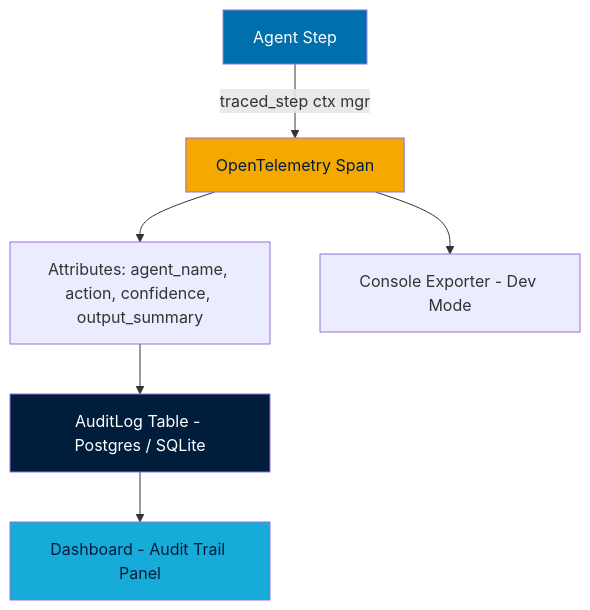
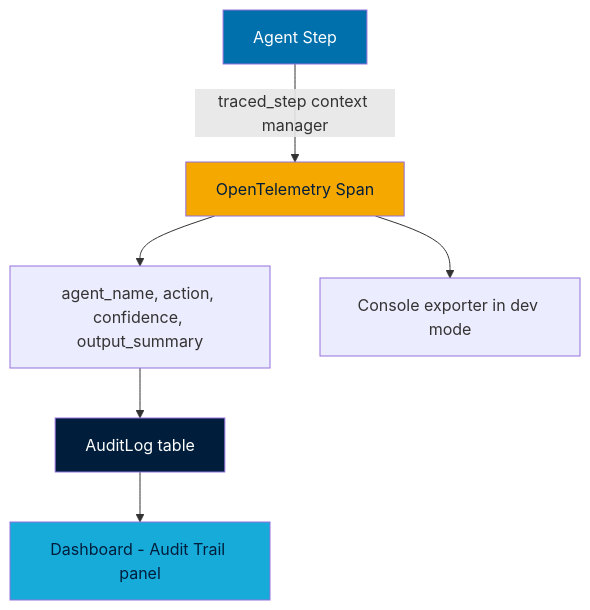
One commit to Monisha-1508/SKILLSYNC_AI changed the fifth of 5 diagrams in README.md. Above: the diagram before and after it, drawn with Mermaid. The commit also changed other lines of this file, not shown here.

````diff
--- a/README.md
+++ b/README.md
@@ -765,13 +644,13 @@
 ```mermaid
 graph TD
-    AGT[Agent Step] -->|traced_step ctx mgr| SPAN[OpenTelemetry Span]
-    SPAN --> ATTR[Attributes: agent_name, action, confidence, output_summary]
-    ATTR --> AUDIT[AuditLog Table - Postgres / SQLite]
-    AUDIT --> DASH[Dashboard - Audit Trail Panel]
-    SPAN --> CONSOLE[Console Exporter - Dev Mode]
+    AGT[Agent Step] -->|traced_step context manager| SPAN[OpenTelemetry Span]
+    SPAN --> ATTR[agent_name, action, confidence, output_summary]
+    ATTR --> AUDIT[AuditLog table]
+    AUDIT --> DASH[Dashboard - Audit Trail panel]
+    SPAN --> CONSOLE[Console exporter in dev mode]
 
     style AGT fill:#0070AD,color:#ffffff
     style SPAN fill:#F5A800,color:#001E3C
     style AUDIT fill:#001E3C,color:#ffffff
     style DASH fill:#17ABDA,color:#001E3C
 ```
````
